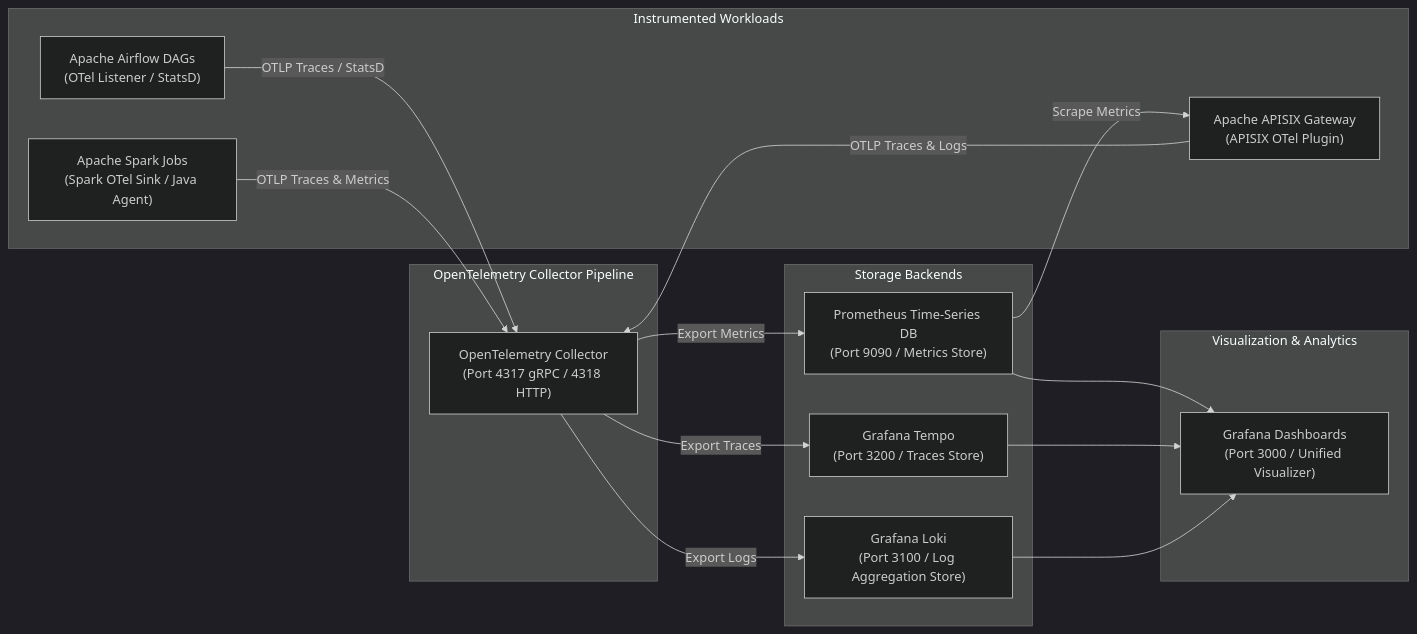
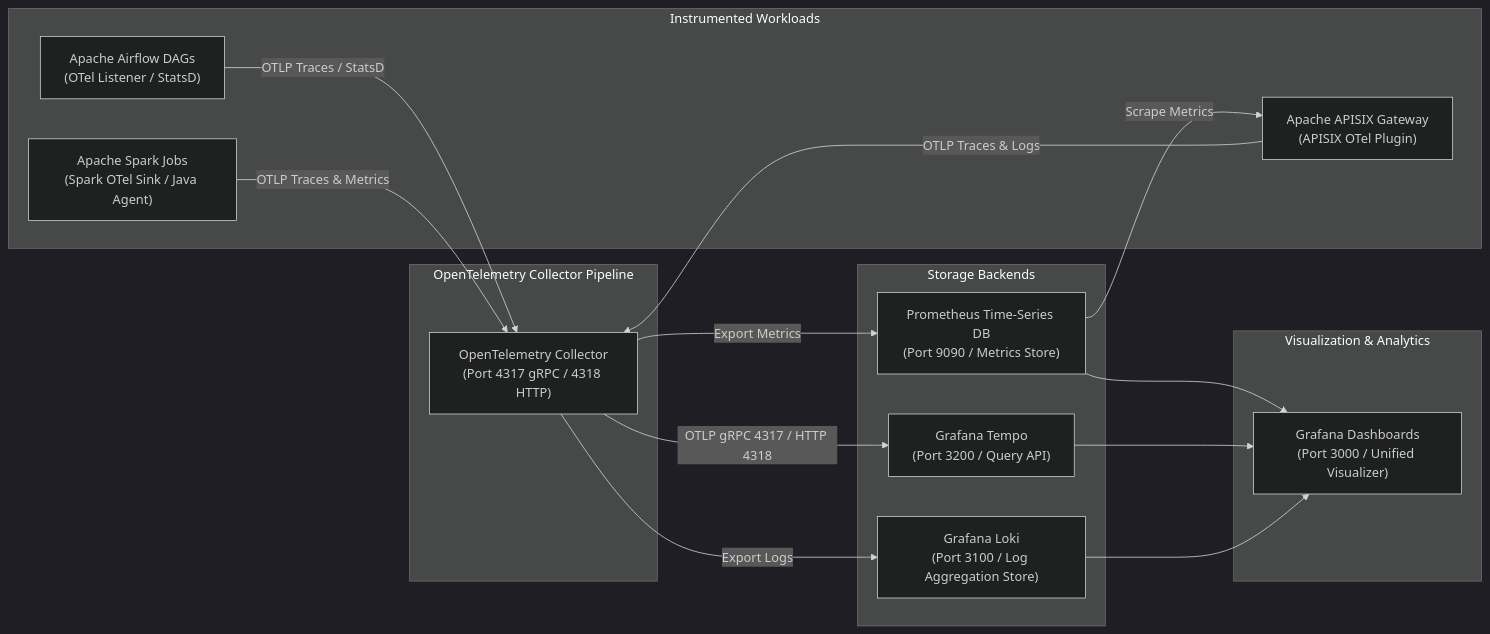
Before and after one commit to linuxmalaysia/bda-ai-infra: the third of 3 diagrams in docs/reference/next-technology-roadmap-stack.md, drawn with Mermaid (dark theme). The commit also changed other lines of this file and 17 other files, not shown here.

Commit message:
feat: refine dual-render diagrams, routing tables, and SVG annotations per PR feedback

````diff
--- a/docs/reference/next-technology-roadmap-stack.md
+++ b/docs/reference/next-technology-roadmap-stack.md
@@ -379,35 +381,35 @@
 ```mermaid
 flowchart LR
     subgraph Workloads ["Instrumented Workloads"]
         Airflow["Apache Airflow DAGs<br/>(OTel Listener / StatsD)"]
         Spark["Apache Spark Jobs<br/>(Spark OTel Sink / Java Agent)"]
         APISIX["Apache APISIX Gateway<br/>(APISIX OTel Plugin)"]
     end
 
     subgraph OTelCollectorLayer ["OpenTelemetry Collector Pipeline"]
         OTelCollector["OpenTelemetry Collector<br/>(Port 4317 gRPC / 4318 HTTP)"]
     end
 
     subgraph StorageBackends ["Storage Backends"]
         Prometheus["Prometheus Time-Series DB<br/>(Port 9090 / Metrics Store)"]
-        Tempo["Grafana Tempo<br/>(Port 3200 / Traces Store)"]
+        Tempo["Grafana Tempo<br/>(Port 3200 / Query API)"]
         Loki["Grafana Loki<br/>(Port 3100 / Log Aggregation Store)"]
     end
 
     subgraph VisualizationLayer ["Visualization &amp; Analytics"]
         Grafana["Grafana Dashboards<br/>(Port 3000 / Unified Visualizer)"]
     end
 
     Airflow -->|"OTLP Traces / StatsD"| OTelCollector
     Spark -->|"OTLP Traces &amp; Metrics"| OTelCollector
     APISIX -->|"OTLP Traces &amp; Logs"| OTelCollector
     Prometheus -->|"Scrape Metrics"| APISIX
 
     OTelCollector -->|"Export Metrics"| Prometheus
-    OTelCollector -->|"Export Traces"| Tempo
+    OTelCollector -->|"OTLP gRPC 4317 / HTTP 4318"| Tempo
     OTelCollector -->|"Export Logs"| Loki
 
     Prometheus --> Grafana
     Tempo --> Grafana
     Loki --> Grafana
 ```
````
